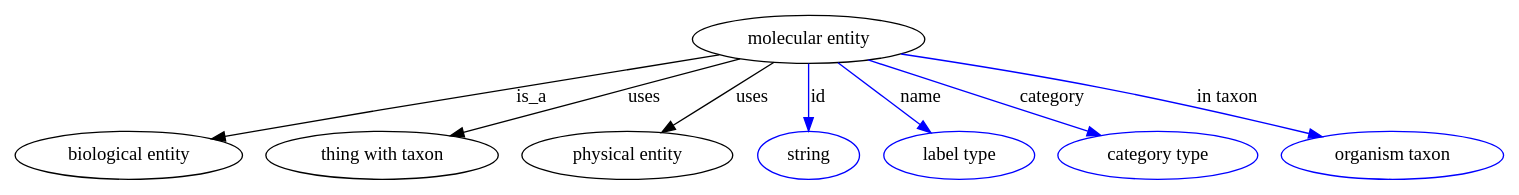
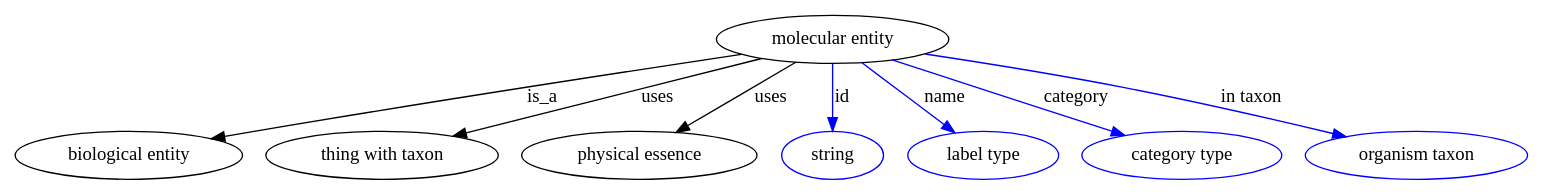
Before and after one commit to biolink/biolink-model: the diagram in graphviz/molecular_entity.gv, drawn with Graphviz. The commit also changed 134 other files, not shown here.

```diff
--- a/graphviz/molecular_entity.gv
+++ b/graphviz/molecular_entity.gv
@@ -1,66 +1,66 @@
 digraph {
-	graph [bb="0,0,906.89,123"];
+	graph [bb="0,0,920.89,123"];
 	node [label="\N"];
 	"molecular entity"	 [height=0.5,
 		label="molecular entity",
-		pos="483.24,105",
+		pos="497.24,105",
 		width=1.9137];
 	"biological entity"	 [height=0.5,
 		pos="68.244,18",
 		width=1.8957];
 	"molecular entity" -> "biological entity"	 [label=is_a,
-		lp="305.24,61.5",
-		pos="e,119.14,30.113 427.82,94.184 360.78,80.987 244.56,57.74 145.24,36 139.96,34.844 134.49,33.618 129,32.37"];
+		lp="311.24,61.5",
+		pos="e,119.13,30.169 440.72,94.571 371.08,81.571 249.21,58.333 145.24,36 139.96,34.865 134.48,33.653 128.99,32.415"];
 	"thing with taxon"	 [height=0.5,
 		pos="223.24,18",
 		width=1.9137];
 	"molecular entity" -> "thing with taxon"	 [label=uses,
-		lp="381.24,61.5",
-		pos="e,265.91,32.277 440.6,90.731 395.45,75.623 324.13,51.759 275.6,35.519"];
-	"physical entity"	 [height=0.5,
-		pos="372.24,18",
-		width=1.7332];
-	"molecular entity" -> "physical entity"	 [label=uses,
-		lp="447.24,61.5",
-		pos="e,394.13,35.153 461.31,87.812 444.36,74.525 420.72,55.994 402.05,41.362"];
+		lp="389.24,61.5",
+		pos="e,267.16,31.943 453.22,91.022 405.19,75.77 328.28,51.35 276.78,34.999"];
+	"physical essence"	 [height=0.5,
+		pos="379.24,18",
+		width=1.9318];
+	"molecular entity" -> "physical essence"	 [label=uses,
+		lp="458.24,61.5",
+		pos="e,402.62,35.236 474.21,88.019 456.14,74.692 430.78,55.995 410.81,41.274"];
 	id	 [color=blue,
 		height=0.5,
 		label=string,
-		pos="483.24,18",
+		pos="497.24,18",
 		width=0.84854];
 	"molecular entity" -> id	 [color=blue,
 		label=id,
-		lp="488.74,61.5",
-		pos="e,483.24,36.003 483.24,86.974 483.24,75.192 483.24,59.561 483.24,46.158",
+		lp="502.74,61.5",
+		pos="e,497.24,36.003 497.24,86.974 497.24,75.192 497.24,59.561 497.24,46.158",
 		style=solid];
 	name	 [color=blue,
 		height=0.5,
 		label="label type",
-		pos="577.24,18",
+		pos="591.24,18",
 		width=1.2638];
 	"molecular entity" -> name	 [color=blue,
 		label=name,
-		lp="551.74,61.5",
-		pos="e,559.21,34.694 502.27,87.394 516.43,74.287 535.92,56.248 551.48,41.848",
+		lp="565.74,61.5",
+		pos="e,573.21,34.694 516.27,87.394 530.43,74.287 549.92,56.248 565.48,41.848",
 		style=solid];
 	category	 [color=blue,
 		height=0.5,
 		label="category type",
-		pos="699.24,18",
+		pos="713.24,18",
 		width=1.6249];
 	"molecular entity" -> category	 [color=blue,
 		label=category,
-		lp="627.74,61.5",
-		pos="e,663.49,32.403 520.87,89.846 557.86,74.945 614.37,52.186 653.84,36.288",
+		lp="641.74,61.5",
+		pos="e,677.49,32.403 534.87,89.846 571.86,74.945 628.37,52.186 667.84,36.288",
 		style=solid];
 	"in taxon"	 [color=blue,
 		height=0.5,
 		label="organism taxon",
-		pos="841.24,18",
+		pos="855.24,18",
 		width=1.8234];
 	"molecular entity" -> "in taxon"	 [color=blue,
 		label="in taxon",
-		lp="734.74,61.5",
-		pos="e,796.34,31.143 538.82,94.266 572.6,87.519 616.54,78.346 655.24,69 699.57,58.294 749.38,44.545 786.29,34.02",
+		lp="748.74,61.5",
+		pos="e,810.34,31.143 552.82,94.266 586.6,87.519 630.54,78.346 669.24,69 713.57,58.294 763.38,44.545 800.29,34.02",
 		style=solid];
 }
```
